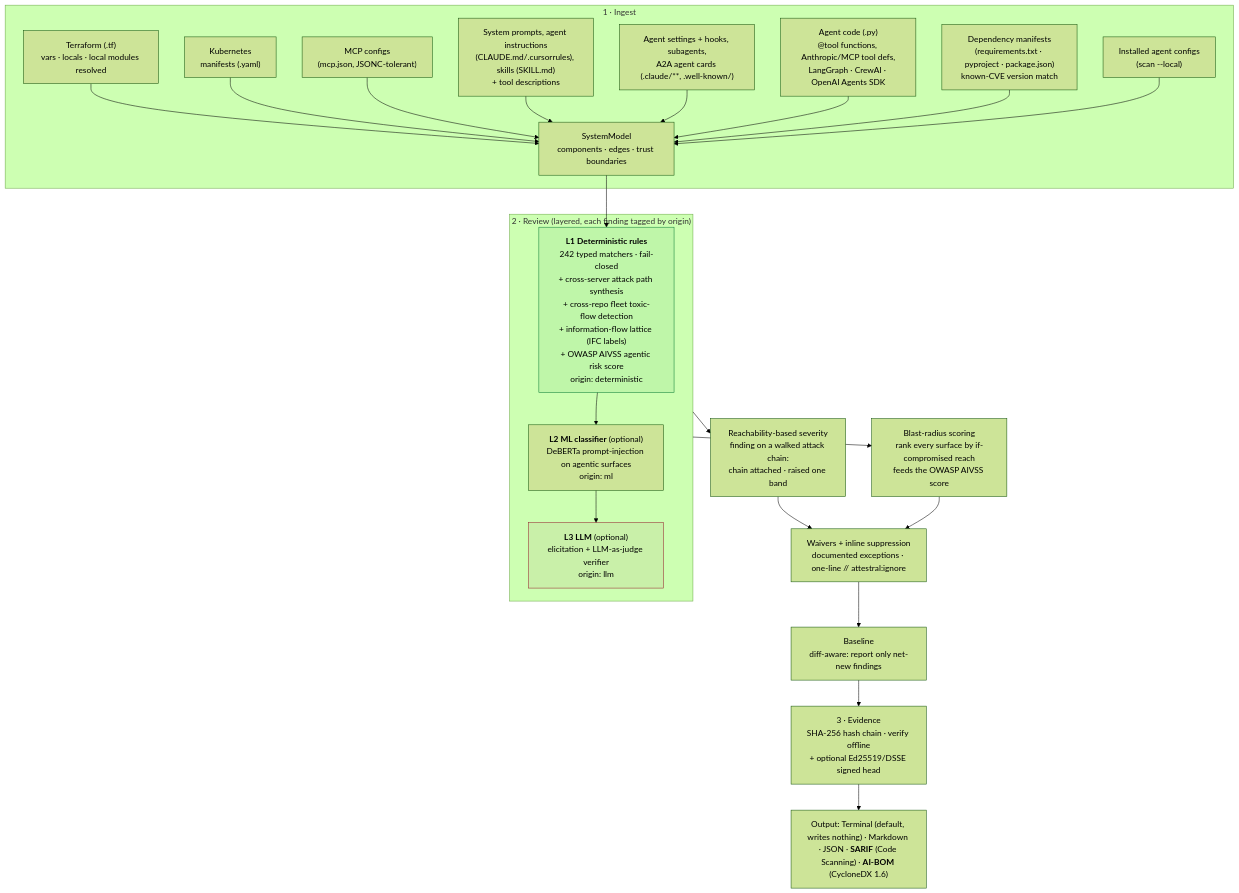
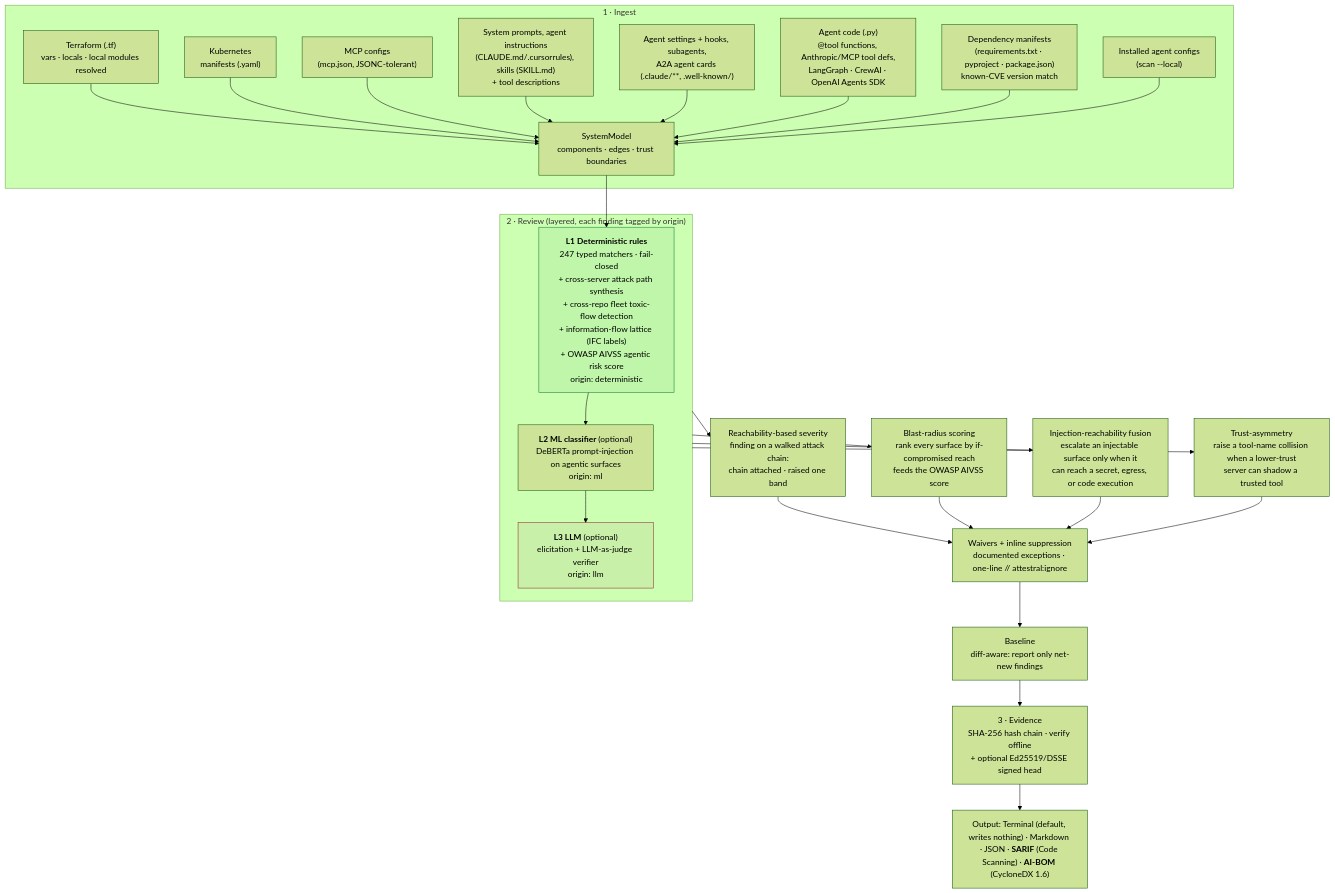
The first of 4 diagrams in README.md (attestral-labs/attestral), drawn with Mermaid (forest theme) before and after one commit. The commit also changed other lines of this file and 87 other files, not shown here.

First line of the commit message:
Agentic hardening wave: 6 new rules, 4 cross-cutting passes, ML evasion-robustness + multilingual (#89)

````diff
--- a/README.md
+++ b/README.md
@@ -120,30 +120,34 @@
 ```mermaid
 flowchart TB
     subgraph ING["1 · Ingest"]
         TF["Terraform (.tf)<br/>vars · locals · local modules resolved"] --> M
         K8S["Kubernetes<br/>manifests (.yaml)"] --> M
         MCP["MCP configs<br/>(mcp.json, JSONC-tolerant)"] --> M
         SP["System prompts, agent instructions<br/>(CLAUDE.md/.cursorrules), skills (SKILL.md)<br/>+ tool descriptions"] --> M
         AC["Agent settings + hooks, subagents,<br/>A2A agent cards (.claude/**, .well-known/)"] --> M
         CODE["Agent code (.py)<br/>@tool functions, Anthropic/MCP tool defs,<br/>LangGraph · CrewAI · OpenAI Agents SDK"] --> M
         DEP["Dependency manifests<br/>(requirements.txt · pyproject · package.json)<br/>known-CVE version match"] --> M
         LC["Installed agent configs<br/>(scan --local)"] --> M
         M["SystemModel<br/>components · edges · trust boundaries"]
     end
     M --> L1
     subgraph REV["2 · Review (layered, each finding tagged by origin)"]
-        L1["<b>L1 Deterministic rules</b><br/>242 typed matchers · fail-closed<br/>+ cross-server attack path synthesis<br/>+ cross-repo fleet toxic-flow detection<br/>+ information-flow lattice (IFC labels)<br/>+ OWASP AIVSS agentic risk score<br/>origin: deterministic"]
+        L1["<b>L1 Deterministic rules</b><br/>247 typed matchers · fail-closed<br/>+ cross-server attack path synthesis<br/>+ cross-repo fleet toxic-flow detection<br/>+ information-flow lattice (IFC labels)<br/>+ OWASP AIVSS agentic risk score<br/>origin: deterministic"]
         L2["<b>L2 ML classifier</b> (optional)<br/>DeBERTa prompt-injection on agentic surfaces<br/>origin: ml"]
         L3["<b>L3 LLM</b> (optional)<br/>elicitation + LLM-as-judge verifier<br/>origin: llm"]
         L1 --> L2 --> L3
     end
     REV --> RS["Reachability-based severity<br/>finding on a walked attack chain:<br/>chain attached · raised one band"]
     REV --> BR["Blast-radius scoring<br/>rank every surface by if-compromised reach<br/>feeds the OWASP AIVSS score"]
+    REV --> IR["Injection-reachability fusion<br/>escalate an injectable surface only when it<br/>can reach a secret, egress, or code execution"]
+    REV --> TA["Trust-asymmetry<br/>raise a tool-name collision when a lower-trust<br/>server can shadow a trusted tool"]
     RS --> W["Waivers + inline suppression<br/>documented exceptions · one-line // attestral:ignore"]
     BR --> W
+    IR --> W
+    TA --> W
     W --> BL["Baseline<br/>diff-aware: report only net-new findings"]
     BL --> EV["3 · Evidence<br/>SHA-256 hash chain · verify offline<br/>+ optional Ed25519/DSSE signed head"]
     EV --> OUT["Output: Terminal (default, writes nothing) · Markdown · JSON · <b>SARIF</b> (Code Scanning) · <b>AI-BOM</b> (CycloneDX 1.6)"]
     style L1 fill:#0a7d3611,stroke:#0a7d36
     style L3 fill:#96222E11,stroke:#96222E
 ```
````
